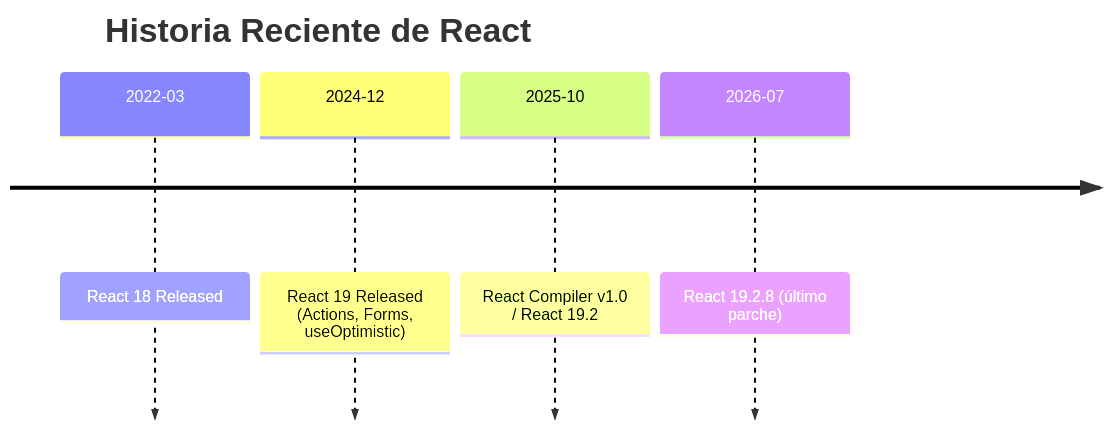
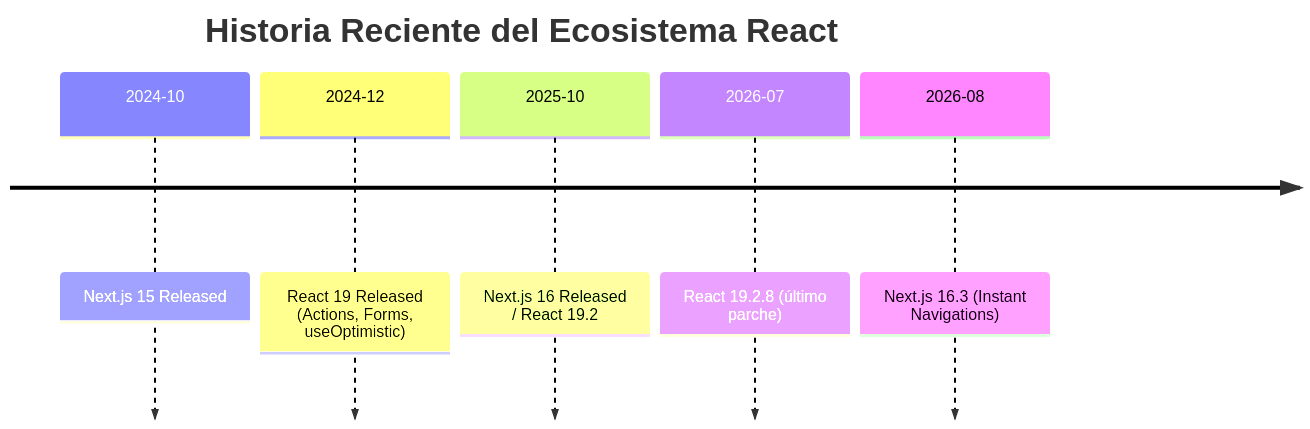
One commit to isidromerayo/TFG_UNIR-react changed the diagram in README.md. Above: the diagram before and after it, drawn with Mermaid. The commit also changed other lines of this file, not shown here.

Commit message:
docs: corregir README de React (badges y ciclo de vida Next.js + React) (#168)

````diff
--- a/README.md
+++ b/README.md
@@ -42,8 +54,9 @@
 ```mermaid
 timeline
-    title Historia Reciente de React
-    2022-03 : React 18 Released
+    title Historia Reciente del Ecosistema React
+    2024-10 : Next.js 15 Released
     2024-12 : React 19 Released (Actions, Forms, useOptimistic)
-    2025-10 : React Compiler v1.0 / React 19.2
+    2025-10 : Next.js 16 Released / React 19.2
     2026-07 : React 19.2.8 (último parche)
+    2026-08 : Next.js 16.3 (Instant Navigations)
 ```
````
